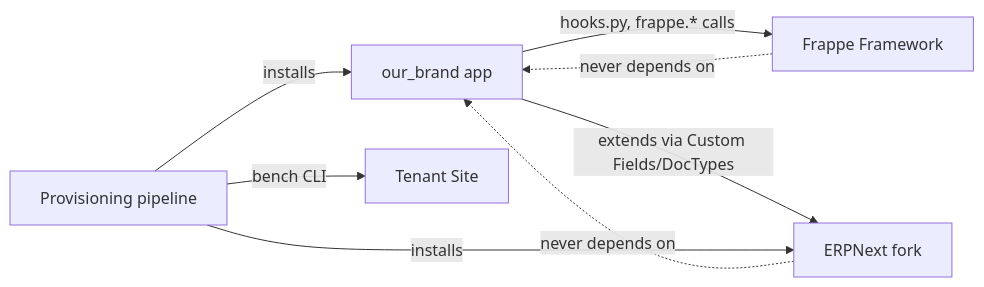
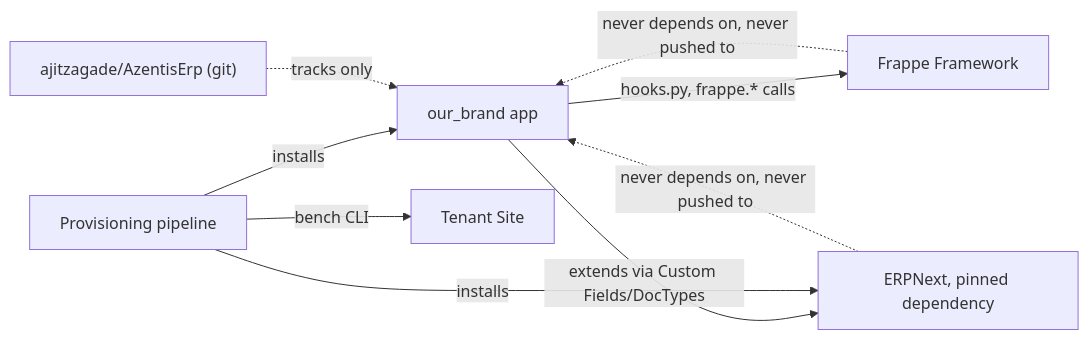
One commit to ajitzagade/AzentisErp changed the first of 4 diagrams in _bmad-output/planning-artifacts/architecture/architecture-AzentisERP-2026-07-10/ARCHITECTURE-SPINE.md. Above: the diagram before and after it, drawn with Mermaid. The commit also changed other lines of this file and 10 other files, not shown here.

First line of the commit message:
Drop ERPNext fork; pin both Frappe and ERPNext as unforked upstream dependencies

````diff
--- a/_bmad-output/planning-artifacts/architecture/architecture-AzentisERP-2026-07-10/ARCHITECTURE-SPINE.md
+++ b/_bmad-output/planning-artifacts/architecture/architecture-AzentisERP-2026-07-10/ARCHITECTURE-SPINE.md
@@ -40,10 +40,11 @@
 ```mermaid
 graph LR
   OB[our_brand app] -->|hooks.py, frappe.* calls| FW[Frappe Framework]
-  OB -->|extends via Custom Fields/DocTypes| EN[ERPNext fork]
+  OB -->|extends via Custom Fields/DocTypes| EN[ERPNext, pinned dependency]
   PROV[Provisioning pipeline] -->|bench CLI| SITE[Tenant Site]
   PROV -->|installs| OB
   PROV -->|installs| EN
-  FW -.->|never depends on| OB
-  EN -.->|never depends on| OB
+  FW -.->|never depends on, never pushed to| OB
+  EN -.->|never depends on, never pushed to| OB
+  REPO["ajitzagade/AzentisErp (git)"] -.->|tracks only| OB
 ```
````
